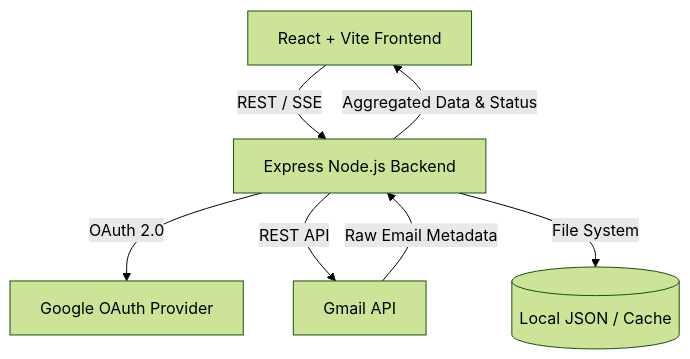
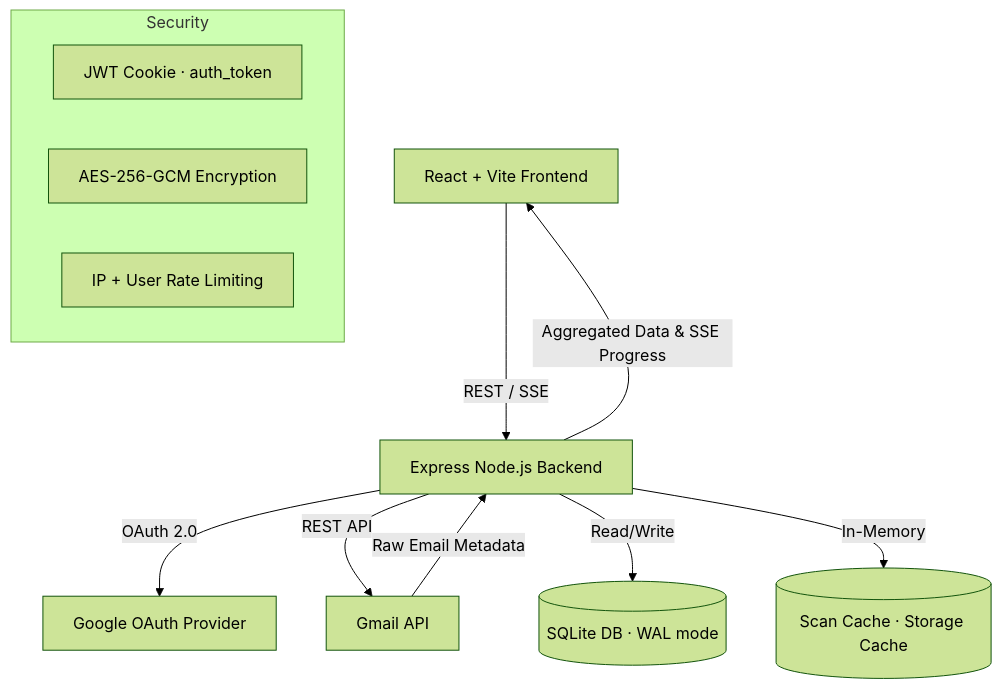
One commit to sudoundefined/email-optimizer changed the diagram in ARCHITECTURE.md. Above: the diagram before and after it, drawn with Mermaid (forest theme). The commit also changed other lines of this file and 10 other files, not shown here.

````diff
--- a/ARCHITECTURE.md
+++ b/ARCHITECTURE.md
@@ -15,10 +178,17 @@
 ```mermaid
 graph TD
     Client[React + Vite Frontend] -->|REST / SSE| Server[Express Node.js Backend]
     Server -->|OAuth 2.0| GoogleAuth[Google OAuth Provider]
     Server -->|REST API| GmailAPI[Gmail API]
-    Server -->|File System| Cache[(Local JSON / Cache)]
+    Server -->|Read/Write| SQLite[(SQLite DB · WAL mode)]
+    Server -->|In-Memory| Cache[(Scan Cache · Storage Cache)]
     
     GmailAPI -->|Raw Email Metadata| Server
-    Server -->|Aggregated Data & Status| Client
+    Server -->|Aggregated Data & SSE Progress| Client
+    
+    subgraph Security
+        JWT[JWT Cookie · auth_token]
+        AES[AES-256-GCM Encryption]
+        RateLimit[IP + User Rate Limiting]
+    end
 ```
````
